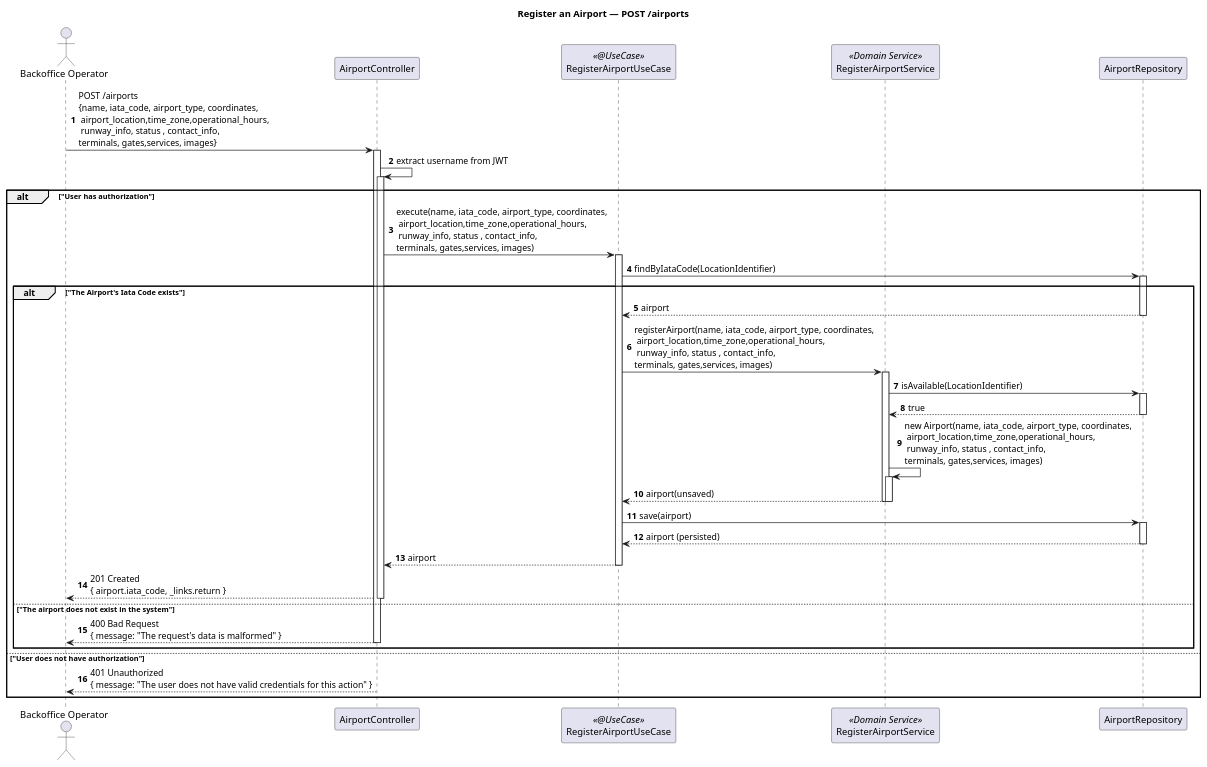
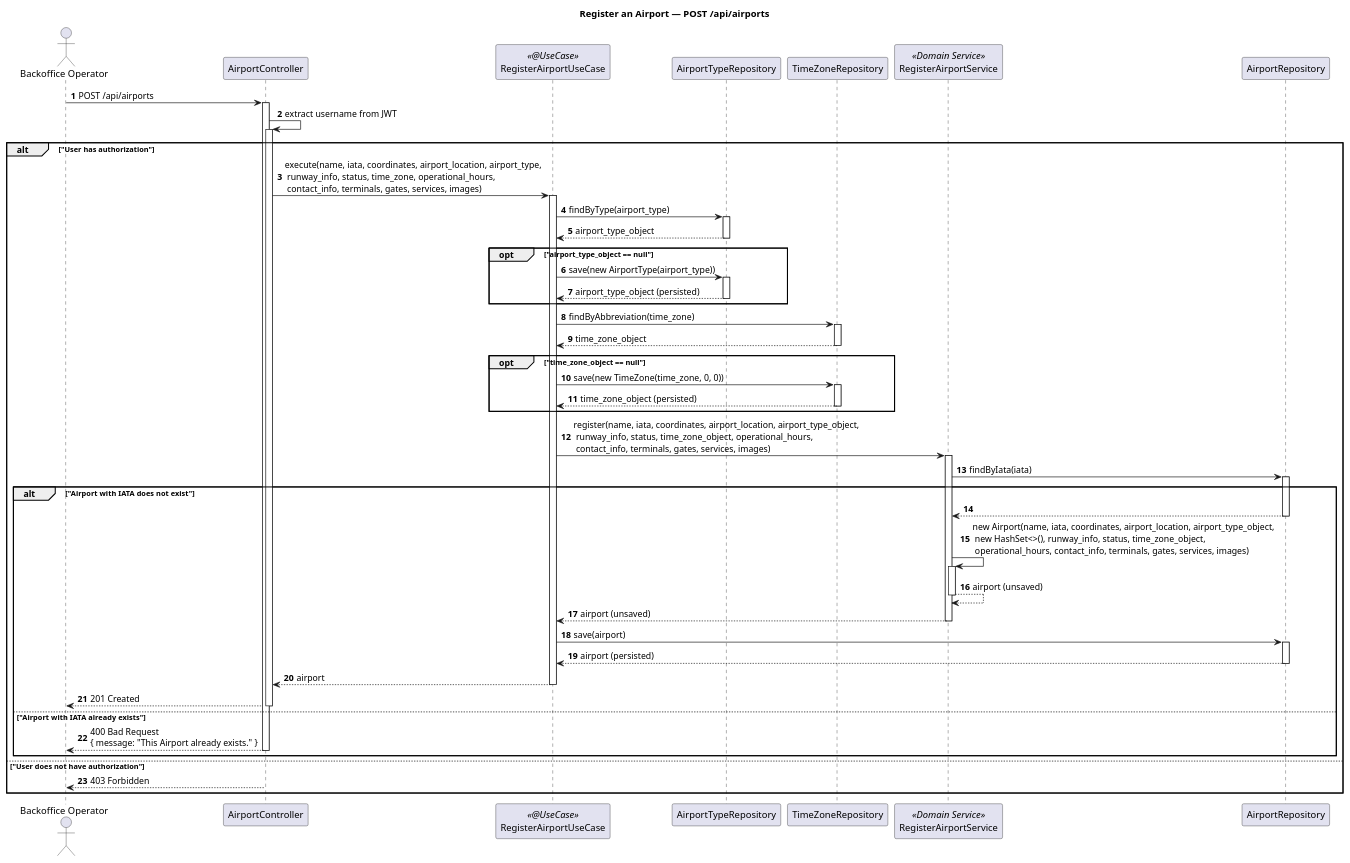
The diagram in docs/system-documentation/WP#2A/US106/US106_SD/US106_SD.puml (miguelsiilva1/PSOFT_1241008_1241131_1200858_1210977), drawn with PlantUML before and after one commit. The commit also changed 60 other files, not shown here.

```diff
--- a/docs/system-documentation/WP#2A/US106/US106_SD/US106_SD.puml
+++ b/docs/system-documentation/WP#2A/US106/US106_SD/US106_SD.puml
@@ -1,39 +1,56 @@
 @startuml
 autonumber
-title Register an Airport — POST /airports
+title Register an Airport — POST /api/airports
 
 autoactivate on
 
 actor "Backoffice Operator" as BO
 participant AirportController
 participant RegisterAirportUseCase <<@UseCase>>
+participant AirportTypeRepository
+participant TimeZoneRepository
 participant RegisterAirportService <<Domain Service>>
 participant AirportRepository
 
-BO -> AirportController : POST /airports\n{name, iata_code, airport_type, coordinates,\n airport_location,time_zone,operational_hours,\n runway_info, status , contact_info, \nterminals, gates,services, images}
+BO -> AirportController : POST /api/airports
 
 AirportController -> AirportController : extract username from JWT
 alt "User has authorization"
-    AirportController -> RegisterAirportUseCase : execute(name, iata_code, airport_type, coordinates,\n airport_location,time_zone,operational_hours,\n runway_info, status , contact_info, \nterminals, gates,services, images)
-        RegisterAirportUseCase -> AirportRepository : findByIataCode(LocationIdentifier)
-        alt "The Airport's Iata Code exists"
-        AirportRepository --> RegisterAirportUseCase: airport
-        RegisterAirportUseCase -> RegisterAirportService: registerAirport(name, iata_code, airport_type, coordinates,\n airport_location,time_zone,operational_hours,\n runway_info, status , contact_info, \nterminals, gates,services, images)
-            RegisterAirportService -> AirportRepository : isAvailable(LocationIdentifier)
-            AirportRepository --> RegisterAirportService : true
-            RegisterAirportService -> RegisterAirportService : new Airport(name, iata_code, airport_type, coordinates,\n airport_location,time_zone,operational_hours,\n runway_info, status , contact_info, \nterminals, gates,services, images)
-        RegisterAirportService --> RegisterAirportUseCase : airport(unsaved)
-        deactivate
-        RegisterAirportUseCase -> AirportRepository : save(airport)
-        AirportRepository --> RegisterAirportUseCase : airport (persisted)
-    RegisterAirportUseCase --> AirportController : airport
-AirportController --> BO : 201 Created\n{ airport.iata_code, _links.return }
-    else "The airport does not exist in the system"
-AirportController --> BO : 400 Bad Request\n{ message: "The request's data is malformed" }
-    end
+    AirportController -> RegisterAirportUseCase : execute(name, iata, coordinates, airport_location, airport_type,\n runway_info, status, time_zone, operational_hours,\n contact_info, terminals, gates, services, images)
+        
+        RegisterAirportUseCase -> AirportTypeRepository : findByType(airport_type)
+        AirportTypeRepository --> RegisterAirportUseCase : airport_type_object
+        opt "airport_type_object == null"
+            RegisterAirportUseCase -> AirportTypeRepository : save(new AirportType(airport_type))
+            AirportTypeRepository --> RegisterAirportUseCase : airport_type_object (persisted)
+        end
+        
+        RegisterAirportUseCase -> TimeZoneRepository : findByAbbreviation(time_zone)
+        TimeZoneRepository --> RegisterAirportUseCase : time_zone_object
+        opt "time_zone_object == null"
+            RegisterAirportUseCase -> TimeZoneRepository : save(new TimeZone(time_zone, 0, 0))
+            TimeZoneRepository --> RegisterAirportUseCase : time_zone_object (persisted)
+        end
+
+        RegisterAirportUseCase -> RegisterAirportService: register(name, iata, coordinates, airport_location, airport_type_object,\n runway_info, status, time_zone_object, operational_hours,\n contact_info, terminals, gates, services, images)
+            RegisterAirportService -> AirportRepository : findByIata(iata)
+            alt "Airport with IATA does not exist"
+                AirportRepository --> RegisterAirportService: 
+                RegisterAirportService -> RegisterAirportService : new Airport(name, iata, coordinates, airport_location, airport_type_object,\n new HashSet<>(), runway_info, status, time_zone_object,\n operational_hours, contact_info, terminals, gates, services, images)
+                return airport (unsaved)
+                
+                RegisterAirportService --> RegisterAirportUseCase : airport (unsaved)
+                
+                RegisterAirportUseCase -> AirportRepository : save(airport)
+                AirportRepository --> RegisterAirportUseCase : airport (persisted)
+                RegisterAirportUseCase --> AirportController : airport
+                AirportController --> BO : 201 Created
+            else "Airport with IATA already exists"
+                AirportController --> BO : 400 Bad Request\n{ message: "This Airport already exists." }
+            end
 
 else "User does not have authorization"
-AirportController --> BO : 401 Unauthorized\n{ message: "The user does not have valid credentials for this action" }
+AirportController --> BO : 403 Forbidden
 end
 
 @enduml
```
